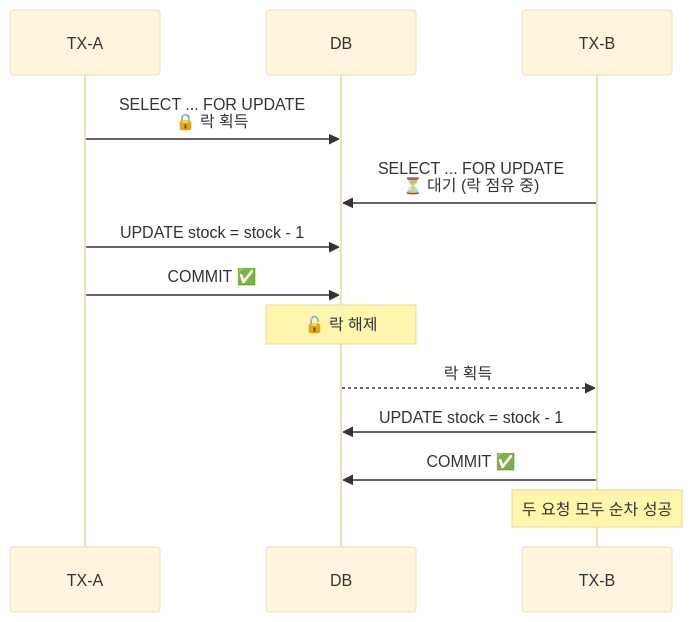
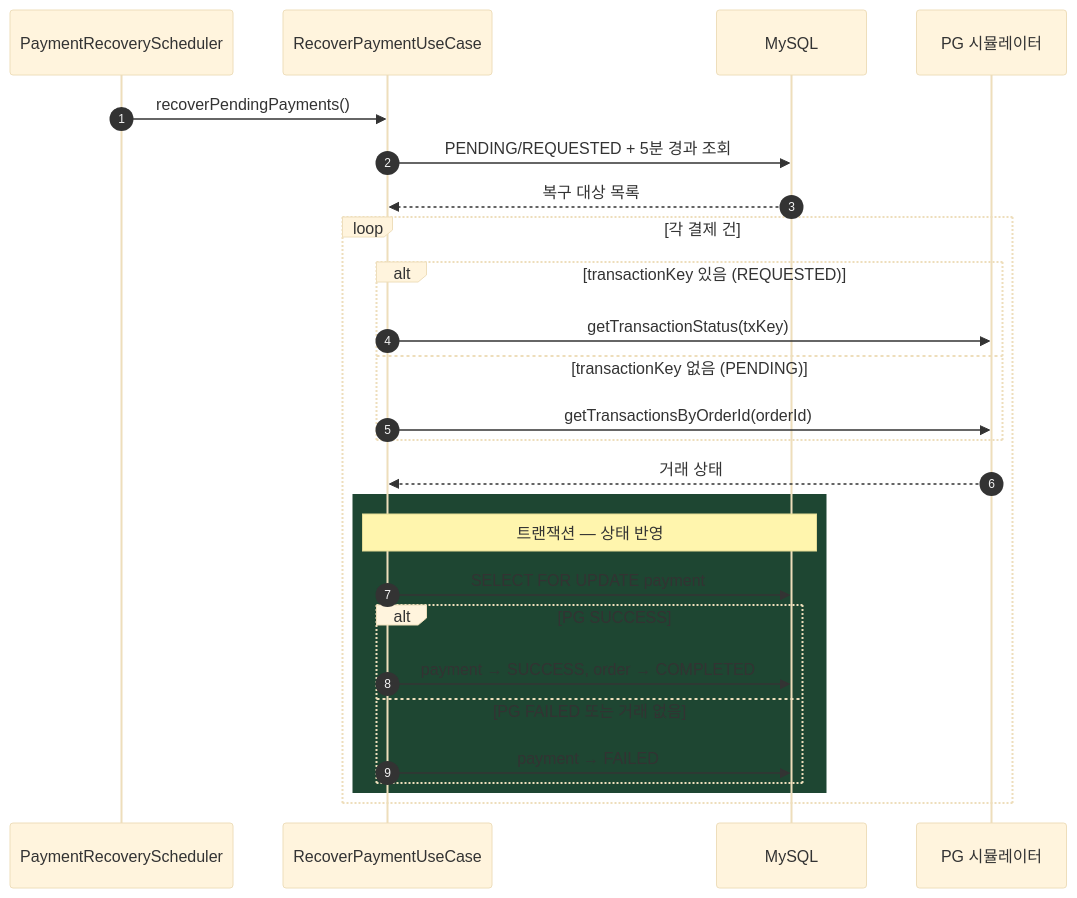
The third of 4 diagrams in docs/gogo.md (Loopers-dev-lab/loop-pack-be-l2-vol3-kotlin), drawn with Mermaid (base theme) before and after one commit. The commit also changed other lines of this file, not shown here.

````diff
--- a/docs/gogo.md
+++ b/docs/gogo.md
@@ -376,16 +151,31 @@
 ```mermaid
 sequenceDiagram
-    participant TX_A as TX-A
-    participant DB
-    participant TX_B as TX-B
+    autonumber
+    participant SCH as PaymentRecoveryScheduler
+    participant UC as RecoverPaymentUseCase
+    participant DB as MySQL
+    participant PG as PG 시뮬레이터
 
-    TX_A->>DB: SELECT ... FOR UPDATE<br/>🔒 락 획득
-    TX_B->>DB: SELECT ... FOR UPDATE<br/>⏳ 대기 (락 점유 중)
-    TX_A->>DB: UPDATE stock = stock - 1
-    TX_A->>DB: COMMIT ✅
-    Note over DB: 🔓 락 해제
-    DB-->>TX_B: 락 획득
-    TX_B->>DB: UPDATE stock = stock - 1
-    TX_B->>DB: COMMIT ✅
-    Note over TX_B: 두 요청 모두 순차 성공
+    SCH->>UC: recoverPendingPayments()
+    UC->>DB: PENDING/REQUESTED + 5분 경과 조회
+    DB-->>UC: 복구 대상 목록
+
+    loop 각 결제 건
+        alt transactionKey 있음 (REQUESTED)
+            UC->>PG: getTransactionStatus(txKey)
+        else transactionKey 없음 (PENDING)
+            UC->>PG: getTransactionsByOrderId(orderId)
+        end
+        PG-->>UC: 거래 상태
+
+        rect rgb(30, 70, 50)
+            Note over UC,DB: 트랜잭션 — 상태 반영
+            UC->>DB: SELECT FOR UPDATE payment
+            alt PG SUCCESS
+                UC->>DB: payment → SUCCESS, order → COMPLETED
+            else PG FAILED 또는 거래 없음
+                UC->>DB: payment → FAILED
+            end
+        end
+    end
 ```
````
